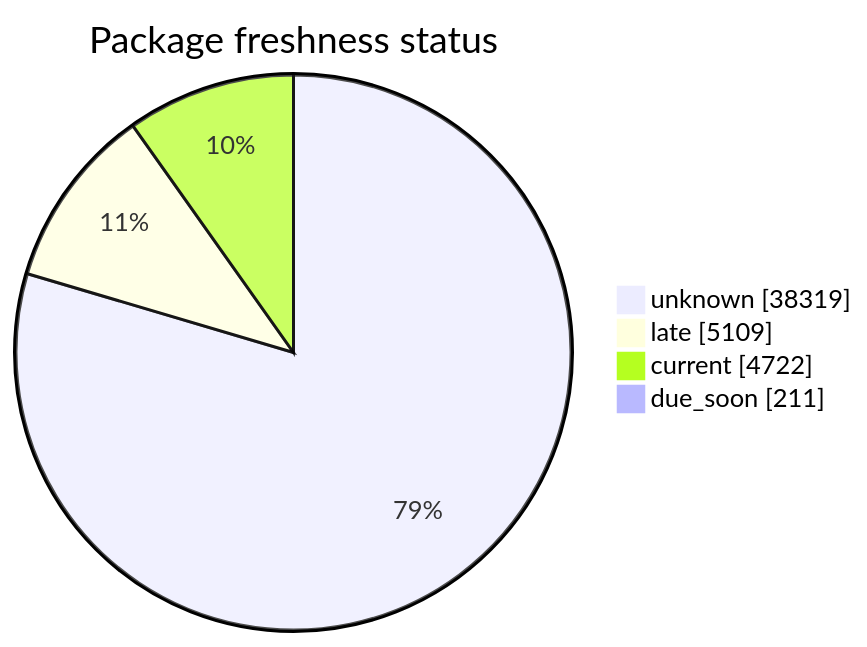
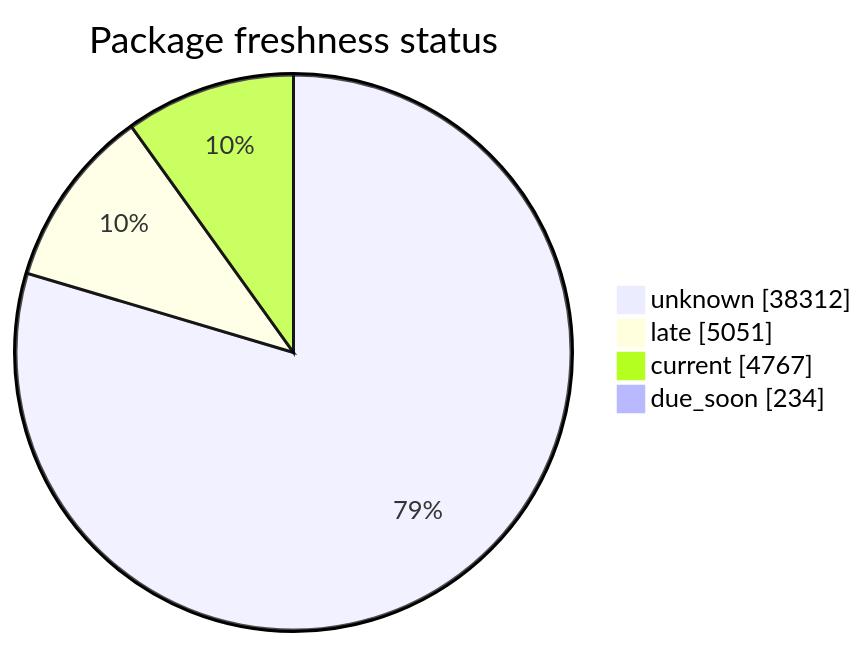
One commit to open-data/analytics-corporate-reporting changed the second of 5 diagrams in FreshCheck/README.md. Above: the diagram before and after it, drawn with Mermaid. The commit also changed other lines of this file and 3 other files, not shown here.

````diff
--- a/FreshCheck/README.md
+++ b/FreshCheck/README.md
@@ -68,7 +68,7 @@
 ```mermaid
 pie showData title Package freshness status
-    "unknown": 38319
-    "late": 5109
-    "current": 4722
-    "due_soon": 211
+    "unknown": 38312
+    "late": 5051
+    "current": 4767
+    "due_soon": 234
 ```
````
